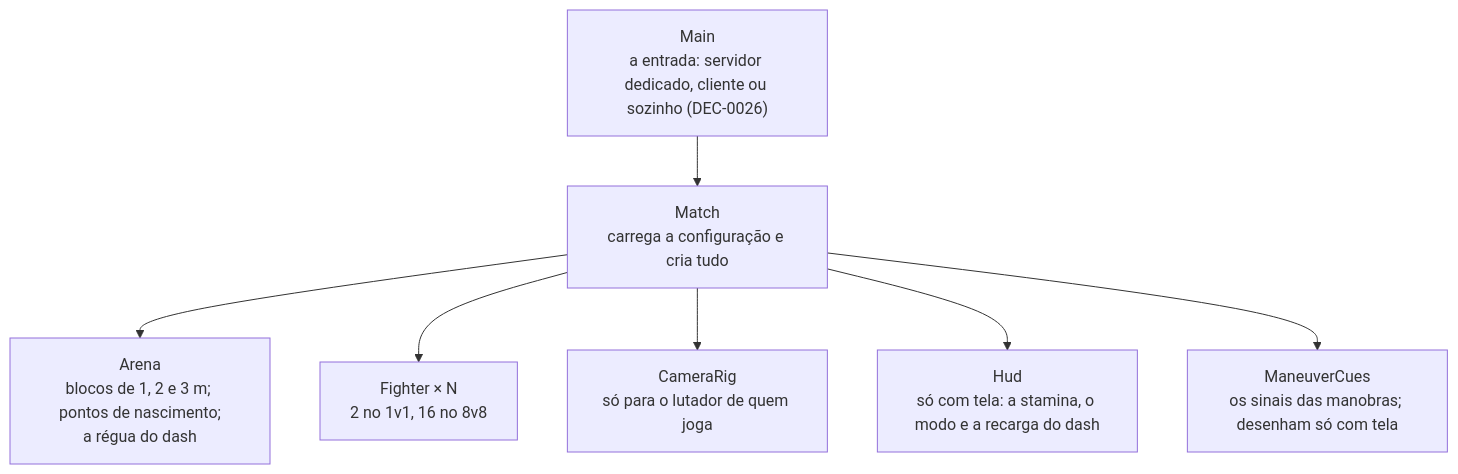
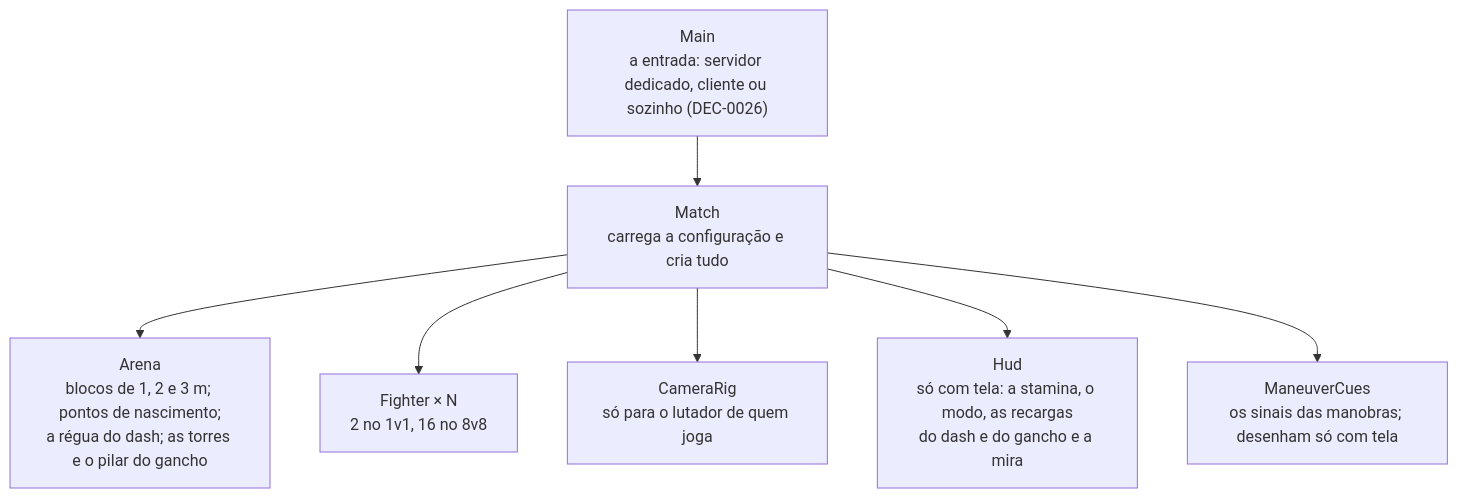
The fifth of 5 diagrams in docs/arquitetura/visao-geral.md (Kibryant/jogo-acrobatico), drawn with Mermaid before and after one commit. The commit also changed other lines of this file and 5 other files, not shown here.

First line of the commit message:
TASK-10.6, rodada C: as torres, o pilar, os docs de arquitetura e o net_run

````diff
--- a/docs/arquitetura/visao-geral.md
+++ b/docs/arquitetura/visao-geral.md
@@ -187,9 +196,9 @@
 ```mermaid
 flowchart TB
   main["Main<br/>a entrada: servidor dedicado, cliente ou sozinho (DEC-0026)"] --> match["Match<br/>carrega a configuração e cria tudo"]
-  match --> arena["Arena<br/>blocos de 1, 2 e 3 m; pontos de nascimento;<br/>a régua do dash"]
+  match --> arena["Arena<br/>blocos de 1, 2 e 3 m; pontos de nascimento;<br/>a régua do dash; as torres e o pilar do gancho"]
   match --> fighters["Fighter × N<br/>2 no 1v1, 16 no 8v8"]
   match --> cam["CameraRig<br/>só para o lutador de quem joga"]
-  match --> hud["Hud<br/>só com tela: a stamina, o modo e a recarga do dash"]
+  match --> hud["Hud<br/>só com tela: a stamina, o modo, as recargas<br/>do dash e do gancho e a mira"]
   match --> cues["ManeuverCues<br/>os sinais das manobras; desenham só com tela"]
 ```
````
